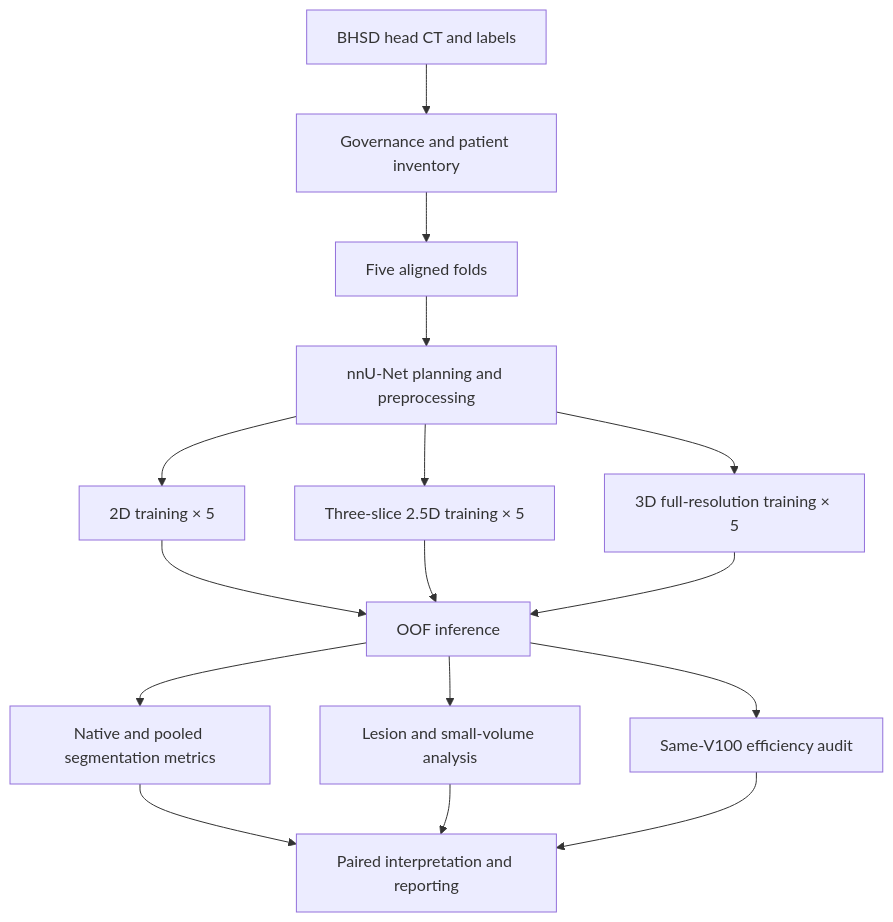
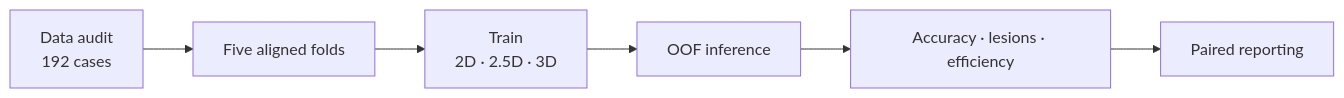
Before and after one commit to Kandasorat/Kandasorat: the first of 2 diagrams in projects/ich-segmentation.md, drawn with Mermaid. The commit also changed 9 other files, not shown here.

Commit message:
docs: compact project workflow diagrams

````diff
--- a/projects/ich-segmentation.md
+++ b/projects/ich-segmentation.md
@@ -20,18 +20,8 @@
 ```mermaid
-flowchart TD
-    A[BHSD head CT and labels] --> B[Governance and patient inventory]
-    B --> C[Five aligned folds]
-    C --> D[nnU-Net planning and preprocessing]
-    D --> E1[2D training × 5]
-    D --> E2[Three-slice 2.5D training × 5]
-    D --> E3[3D full-resolution training × 5]
-    E1 --> F[OOF inference]
-    E2 --> F
-    E3 --> F
-    F --> G[Native and pooled segmentation metrics]
-    F --> H[Lesion and small-volume analysis]
-    F --> I[Same-V100 efficiency audit]
-    G --> J[Paired interpretation and reporting]
-    H --> J
-    I --> J
+flowchart LR
+    A[Data audit<br/>192 cases] --> B[Five aligned folds]
+    B --> C[Train<br/>2D · 2.5D · 3D]
+    C --> D[OOF inference]
+    D --> E[Accuracy · lesions · efficiency]
+    E --> F[Paired reporting]
 ```
````
